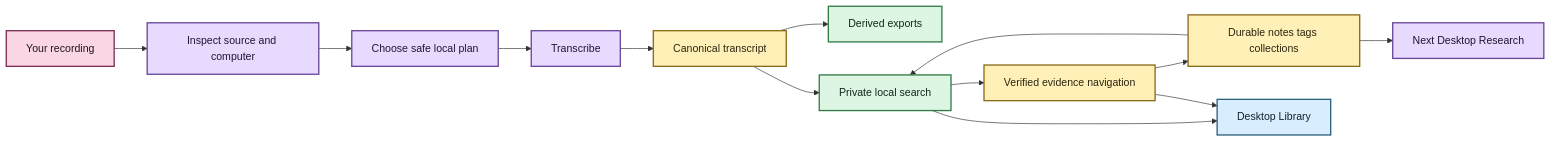
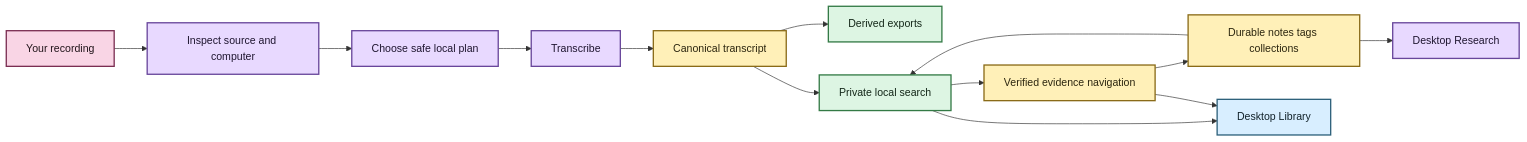
One commit to SSD1805/EchoFlow changed the first of 2 diagrams in docs/getting-started.md. Above: the diagram before and after it, drawn with Mermaid. The commit also changed other lines of this file, not shown here.

Commit message:
docs: refresh desktop getting-started path

````diff
--- a/docs/getting-started.md
+++ b/docs/getting-started.md
@@ -25,27 +23,27 @@
 ```mermaid
 flowchart LR
     A[Your recording] --> B[Inspect source and computer]
     B --> C[Choose safe local plan]
     C --> D[Transcribe]
     D --> E[Canonical transcript]
     E --> F[Derived exports]
     E --> G[Private local search]
     G --> H[Verified evidence navigation]
     H --> I[Durable notes tags collections]
     I --> G
     G --> J[Desktop Library]
     H --> J
-    I --> K[Next Desktop Research]
+    I --> K[Desktop Research]
 
     classDef source fill:#F9D5E5,stroke:#7B2E52,stroke-width:2px,color:#22151B
     classDef process fill:#E8D9FF,stroke:#68469B,stroke-width:2px,color:#1F1630
     classDef evidence fill:#FFF0B8,stroke:#8A6B18,stroke-width:2px,color:#2C260F
     classDef view fill:#DDF5E3,stroke:#347A46,stroke-width:2px,color:#142719
     classDef inspect fill:#D8EEFF,stroke:#2E617B,stroke-width:2px,color:#12222A
 
     class A source
     class B,C,D,K process
     class E,H,I evidence
     class F,G view
     class J inspect
 ```
````
